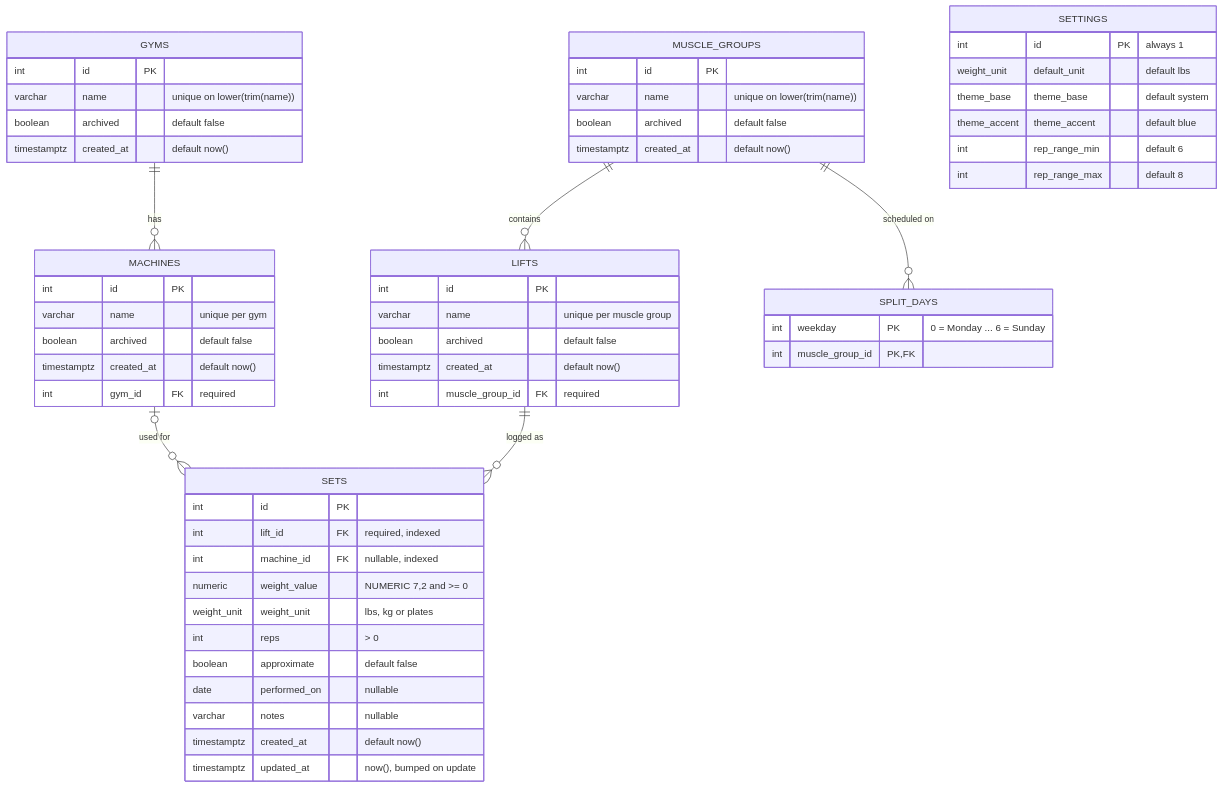
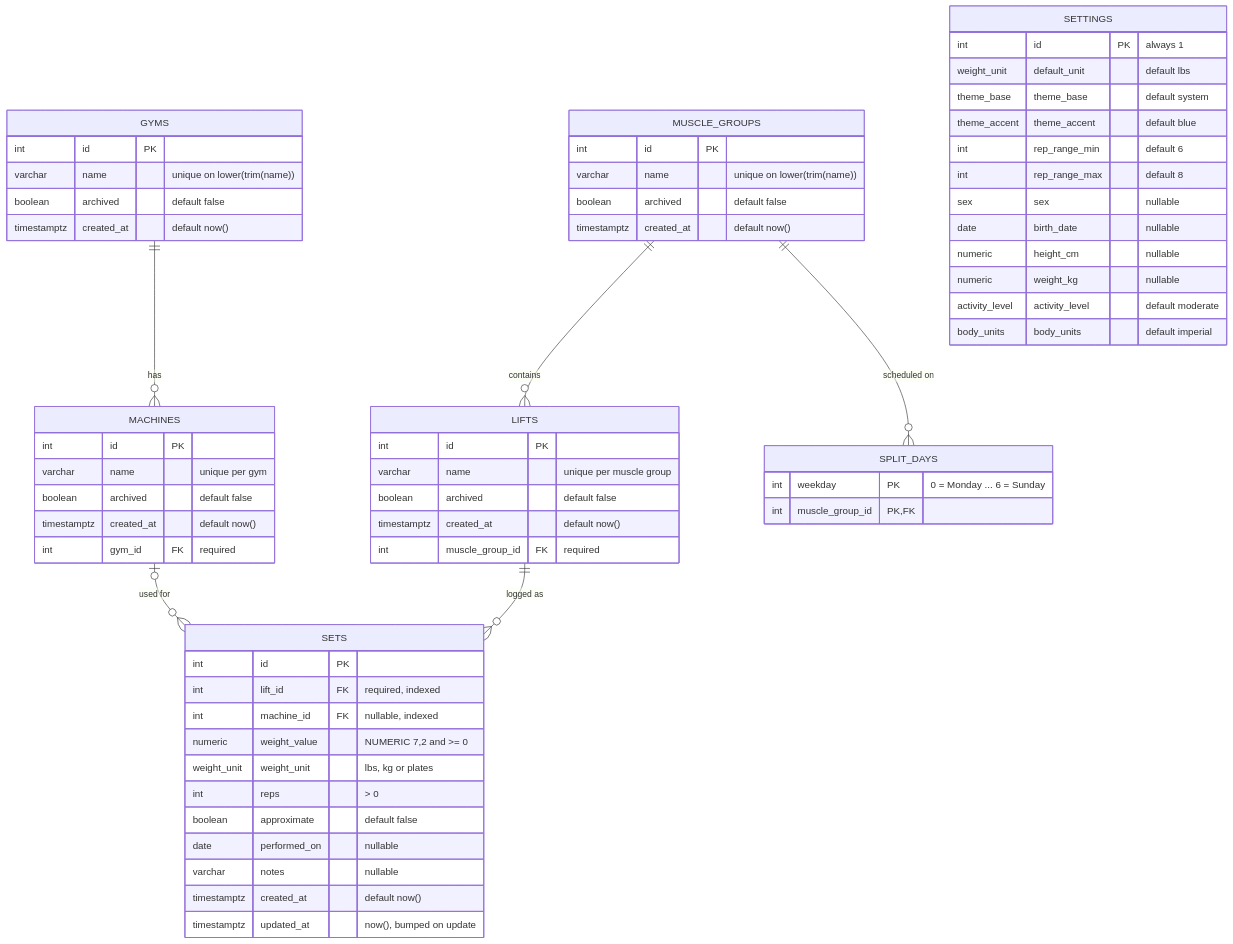
Before and after one commit to coopermay/fitness-tracker: the diagram in docs/03-database/README.md, drawn with Mermaid. The commit also changed 39 other files, not shown here.

````diff
--- a/docs/03-database/README.md
+++ b/docs/03-database/README.md
@@ -9,60 +9,66 @@
 ```mermaid
 erDiagram
     GYMS ||--o{ MACHINES : "has"
     MUSCLE_GROUPS ||--o{ LIFTS : "contains"
     MUSCLE_GROUPS ||--o{ SPLIT_DAYS : "scheduled on"
     LIFTS ||--o{ SETS : "logged as"
     MACHINES |o--o{ SETS : "used for"
 
     GYMS {
         int id PK
         varchar name "unique on lower(trim(name))"
         boolean archived "default false"
         timestamptz created_at "default now()"
     }
     MUSCLE_GROUPS {
         int id PK
         varchar name "unique on lower(trim(name))"
         boolean archived "default false"
         timestamptz created_at "default now()"
     }
     LIFTS {
         int id PK
         varchar name "unique per muscle group"
         boolean archived "default false"
         timestamptz created_at "default now()"
         int muscle_group_id FK "required"
     }
     MACHINES {
         int id PK
         varchar name "unique per gym"
         boolean archived "default false"
         timestamptz created_at "default now()"
         int gym_id FK "required"
     }
     SETS {
         int id PK
         int lift_id FK "required, indexed"
         int machine_id FK "nullable, indexed"
         numeric weight_value "NUMERIC 7,2 and >= 0"
         weight_unit weight_unit "lbs, kg or plates"
         int reps "> 0"
         boolean approximate "default false"
         date performed_on "nullable"
         varchar notes "nullable"
         timestamptz created_at "default now()"
         timestamptz updated_at "now(), bumped on update"
     }
     SETTINGS {
         int id PK "always 1"
         weight_unit default_unit "default lbs"
         theme_base theme_base "default system"
         theme_accent theme_accent "default blue"
         int rep_range_min "default 6"
         int rep_range_max "default 8"
+        sex sex "nullable"
+        date birth_date "nullable"
+        numeric height_cm "nullable"
+        numeric weight_kg "nullable"
+        activity_level activity_level "default moderate"
+        body_units body_units "default imperial"
     }
     SPLIT_DAYS {
         int weekday PK "0 = Monday ... 6 = Sunday"
         int muscle_group_id PK, FK
     }
 ```
````
